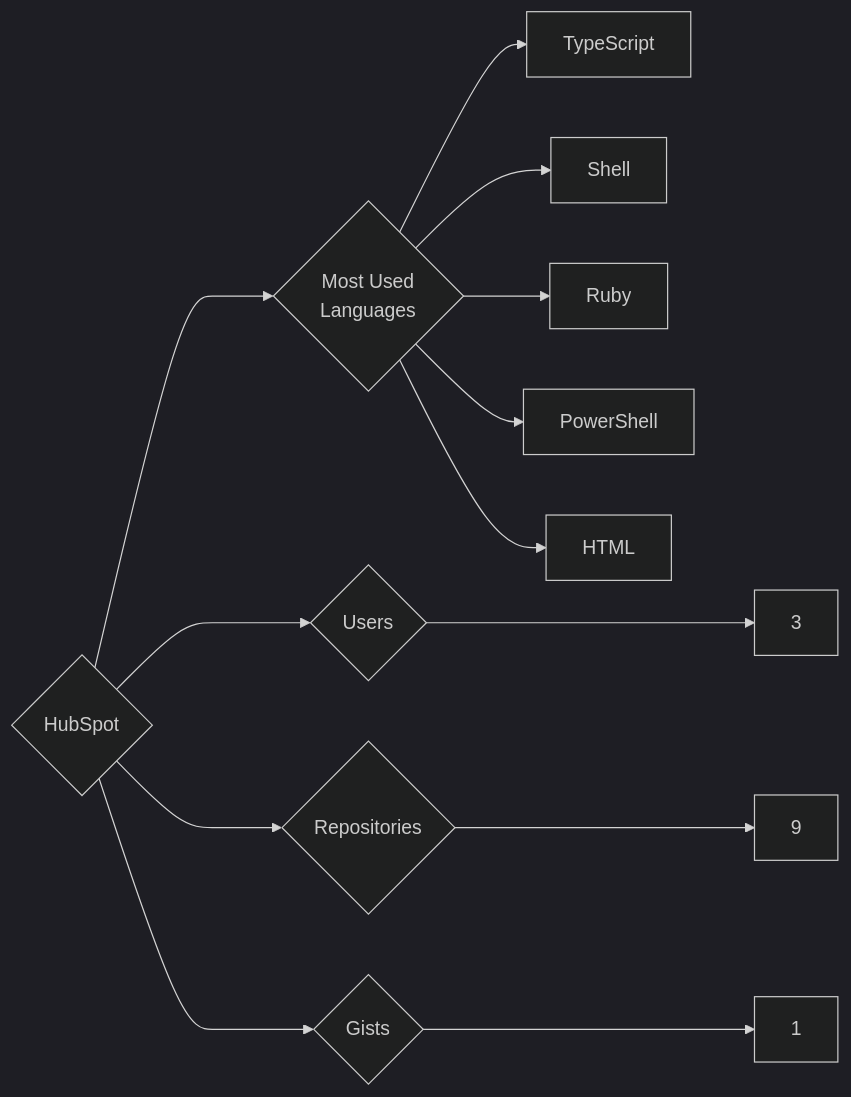
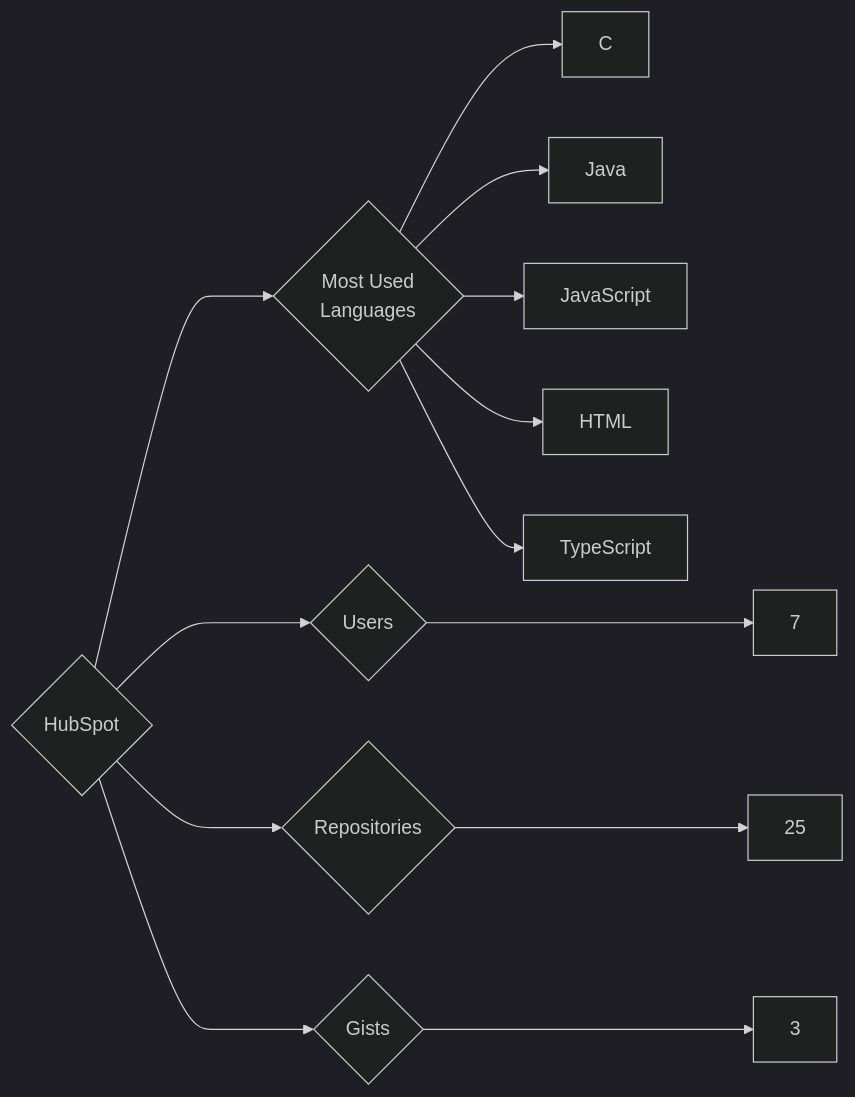
The diagram in targets/HubSpot/README.md (trickest/insiders), drawn with Mermaid (dark theme) before and after one commit. The commit also changed 1023 other files, not shown here.

````diff
--- a/targets/HubSpot/README.md
+++ b/targets/HubSpot/README.md
@@ -3,13 +3,13 @@
 ```mermaid
 graph LR
 COMPANY_NAME{HubSpot}
-COMPANY_NAME ---> U{Users} ---> UN[3]
-COMPANY_NAME ---> R{Repositories} ---> RN[9]
-COMPANY_NAME ---> G{Gists} ---> GN[1]
+COMPANY_NAME ---> U{Users} ---> UN[7]
+COMPANY_NAME ---> R{Repositories} ---> RN[25]
+COMPANY_NAME ---> G{Gists} ---> GN[3]
 COMPANY_NAME ---> ML{Most Used<br>Languages}
+ML --> C[C]
+ML --> Java[Java]
+ML --> JavaScript[JavaScript]
+ML --> HTML[HTML]
 ML --> TypeScript[TypeScript]
-ML --> Shell[Shell]
-ML --> Ruby[Ruby]
-ML --> PowerShell[PowerShell]
-ML --> HTML[HTML]
 ```
````
